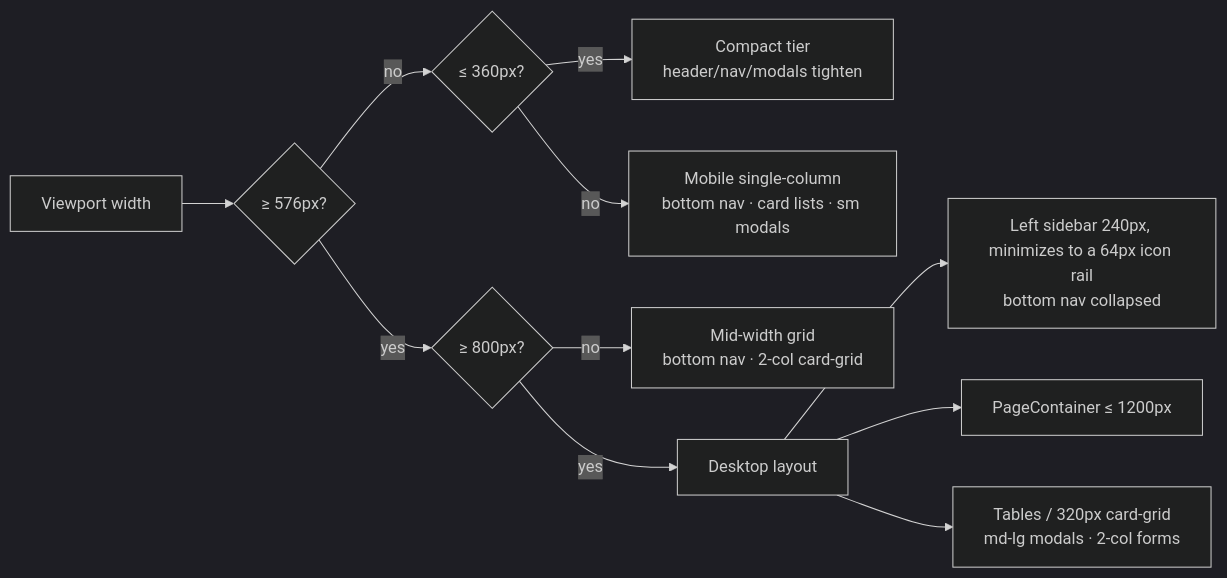
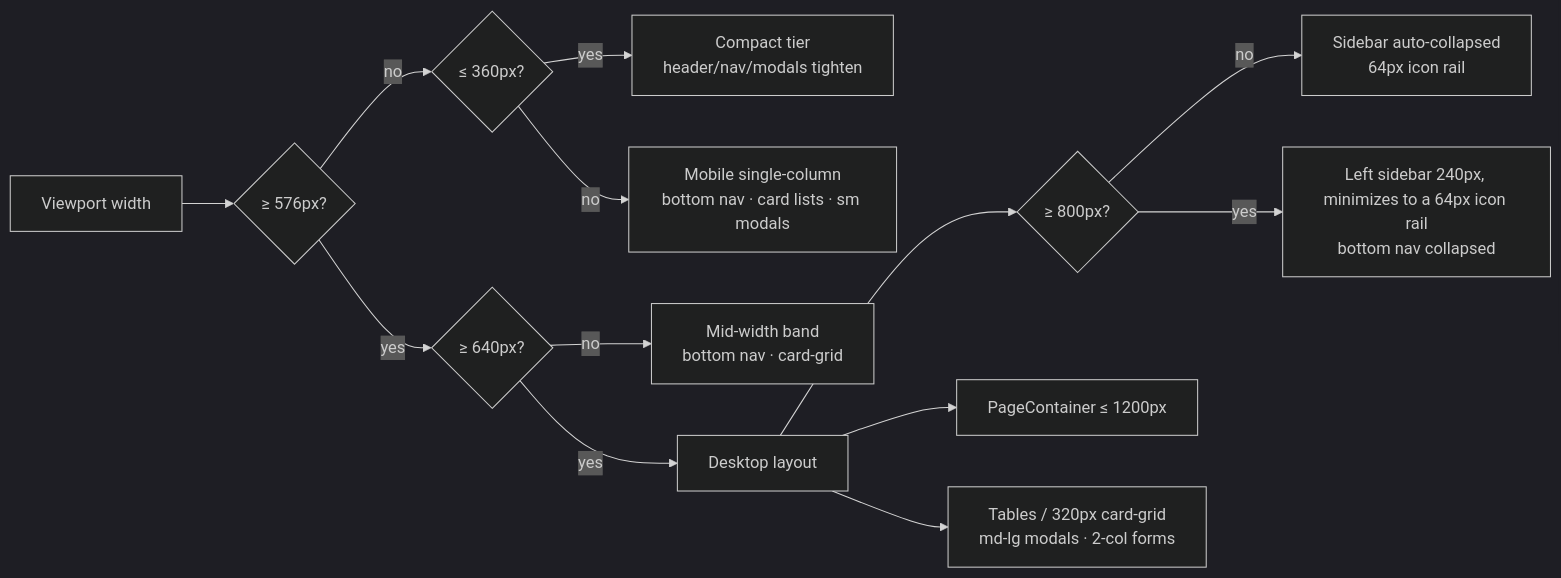
Before and after one commit to oncloudnintynineone-source/cloudy2: the diagram in docs/desktop-responsive.md, drawn with Mermaid (dark theme). The commit also changed other lines of this file and 8 other files, not shown here.

Commit message:
Fix PWA-standalone footer-offset shortening the desktop navbar; desktop tier at 640px with auto-rail below 800px

````diff
--- a/docs/desktop-responsive.md
+++ b/docs/desktop-responsive.md
@@ -51,13 +55,15 @@
 ```mermaid
 flowchart LR
     A[Viewport width] --> B{≥ 576px?}
     B -- no --> B0{≤ 360px?}
     B0 -- yes --> C0[Compact tier<br/>header/nav/modals tighten]
     B0 -- no --> C[Mobile single-column<br/>bottom nav · card lists · sm modals]
-    B -- yes -->     B2{≥ 800px?}
-    B2 -- no --> C2[Mid-width grid<br/>bottom nav · 2-col card-grid]
+    B -- yes --> B2{≥ 640px?}
+    B2 -- no --> C2[Mid-width band<br/>bottom nav · card-grid]
     B2 -- yes --> D[Desktop layout]
-    D --> E[Left sidebar 240px, minimizes to a 64px icon rail<br/>bottom nav collapsed]
+    D --> D2{≥ 800px?}
+    D2 -- no --> E2[Sidebar auto-collapsed<br/>64px icon rail]
+    D2 -- yes --> E[Left sidebar 240px, minimizes to a 64px icon rail<br/>bottom nav collapsed]
     D --> F[PageContainer ≤ 1200px]
     D --> G[Tables / 320px card-grid<br/>md-lg modals · 2-col forms]
 ```
````
